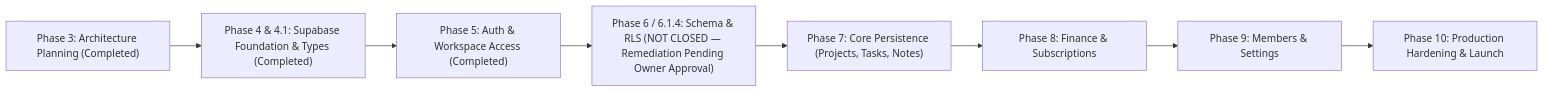
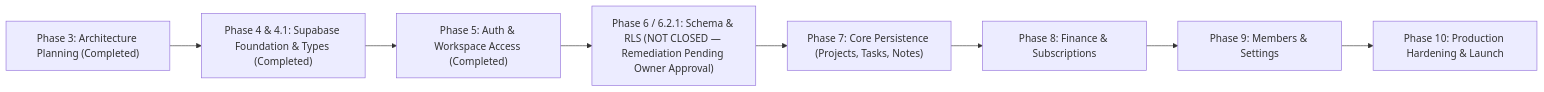
The diagram in apps/hub/docs/architecture/MIGRATION-ROADMAP.md (khairultajudin/khaispace), drawn with Mermaid before and after one commit. The commit also changed other lines of this file and 3 other files, not shown here.

Commit message:
docs(hub): add phase 6.2.1 remediation preflight and deployment runbook

````diff
--- a/apps/hub/docs/architecture/MIGRATION-ROADMAP.md
+++ b/apps/hub/docs/architecture/MIGRATION-ROADMAP.md
@@ -20,10 +20,10 @@
 ```mermaid
 flowchart LR
     P3["Phase 3: Architecture Planning (Completed)"] --> P4["Phase 4 & 4.1: Supabase Foundation & Types (Completed)"]
     P4 --> P5["Phase 5: Auth & Workspace Access (Completed)"]
-    P5 --> P6["Phase 6 / 6.1.4: Schema & RLS (NOT CLOSED — Remediation Pending Owner Approval)"]
+    P5 --> P6["Phase 6 / 6.2.1: Schema & RLS (NOT CLOSED — Remediation Pending Owner Approval)"]
     P6 --> P7["Phase 7: Core Persistence (Projects, Tasks, Notes)"]
     P7 --> P8["Phase 8: Finance & Subscriptions"]
     P8 --> P9["Phase 9: Members & Settings"]
     P9 --> P10["Phase 10: Production Hardening & Launch"]
 ```
````
